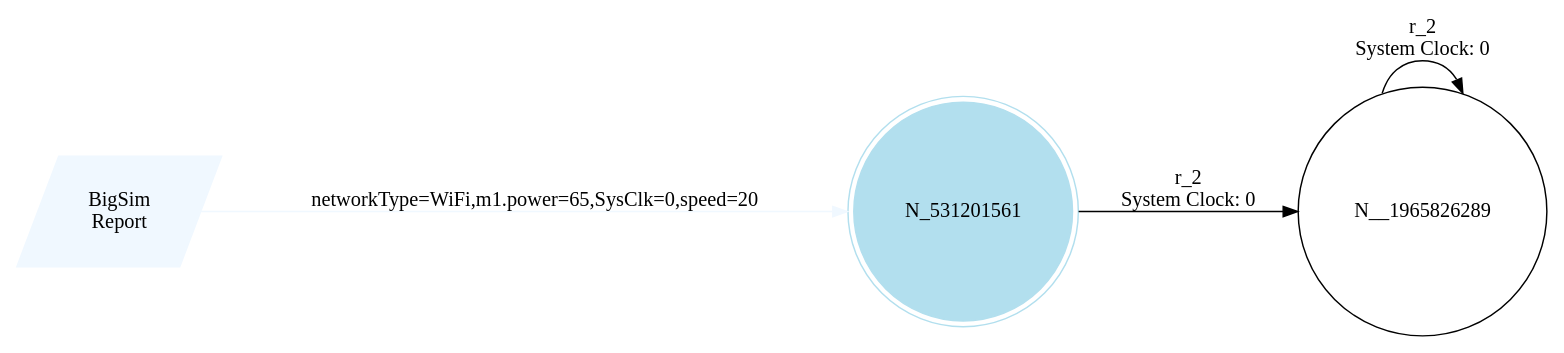
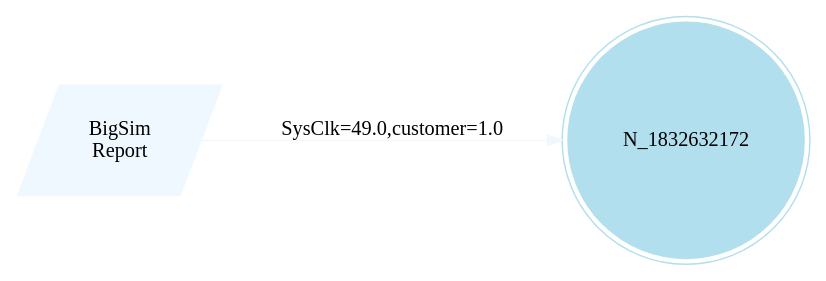
One commit to PKUVicky/BigSim changed the diagram in Examples/MobileCloud/results/checker.dot. Above: the diagram before and after it, drawn with Graphviz. The commit also changed 19 other files, not shown here.

```diff
--- a/Examples/MobileCloud/results/checker.dot
+++ b/Examples/MobileCloud/results/checker.dot
@@ -1,15 +1,10 @@
 digraph reaction_graph {
    rankdir=LR;
    Node [shape = circle];
    BigSim_Report [shape = parallelogram color = aliceblue style=filled label="BigSim
 Report"];
-BigSim_Report -> N_531201561[color = aliceblue label = "networkType=WiFi,m1.power=65,SysClk=0,speed=20"];
- N_531201561
+BigSim_Report -> N_1832632172[color = aliceblue label = "SysClk=49.0,customer=1.0"];
+ N_1832632172
  [shape=circle, color=lightblue2, style=filled];
-N__1965826289[ label="N__1965826289"];
- N__1965826289 -> N__1965826289[ label = "r_2
-System Clock: 0"];
-N_531201561[ shape = doublecircle, color=lightblue2, style=filled, label="N_531201561"];
- N_531201561 -> N__1965826289[ label = "r_2
-System Clock: 0"];
+N_1832632172[ shape = doublecircle, color=lightblue2, style=filled, label="N_1832632172"];
 }
```
